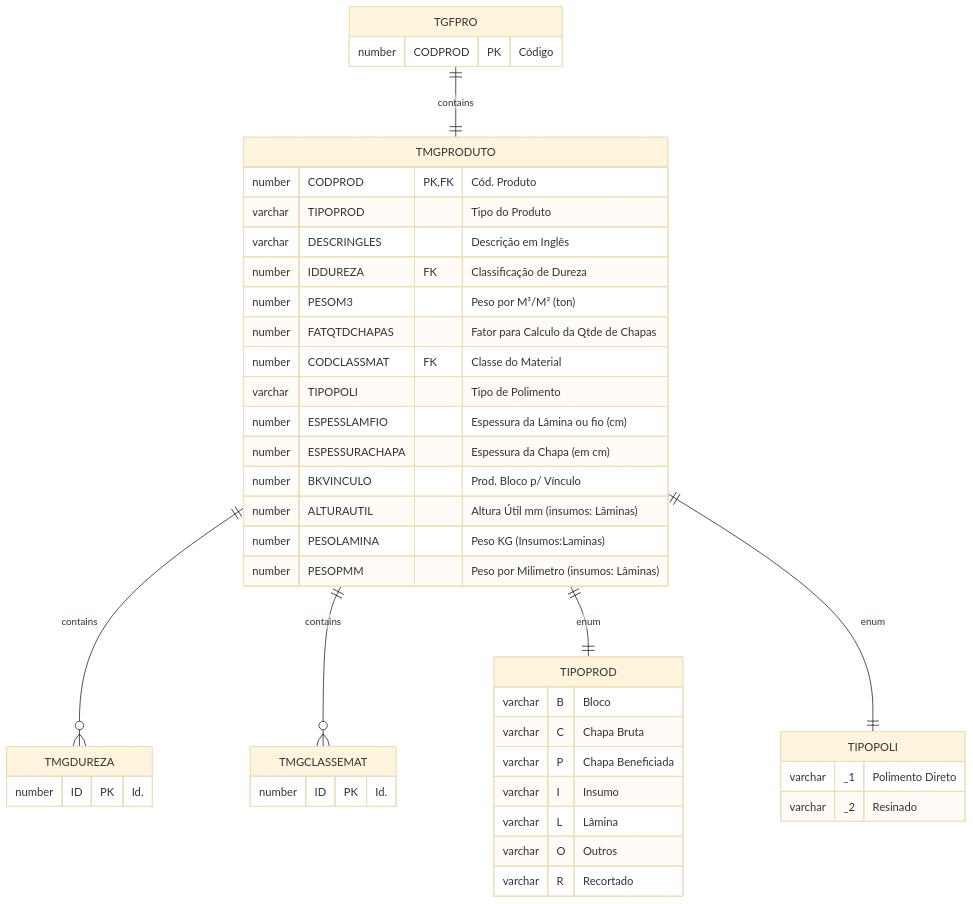
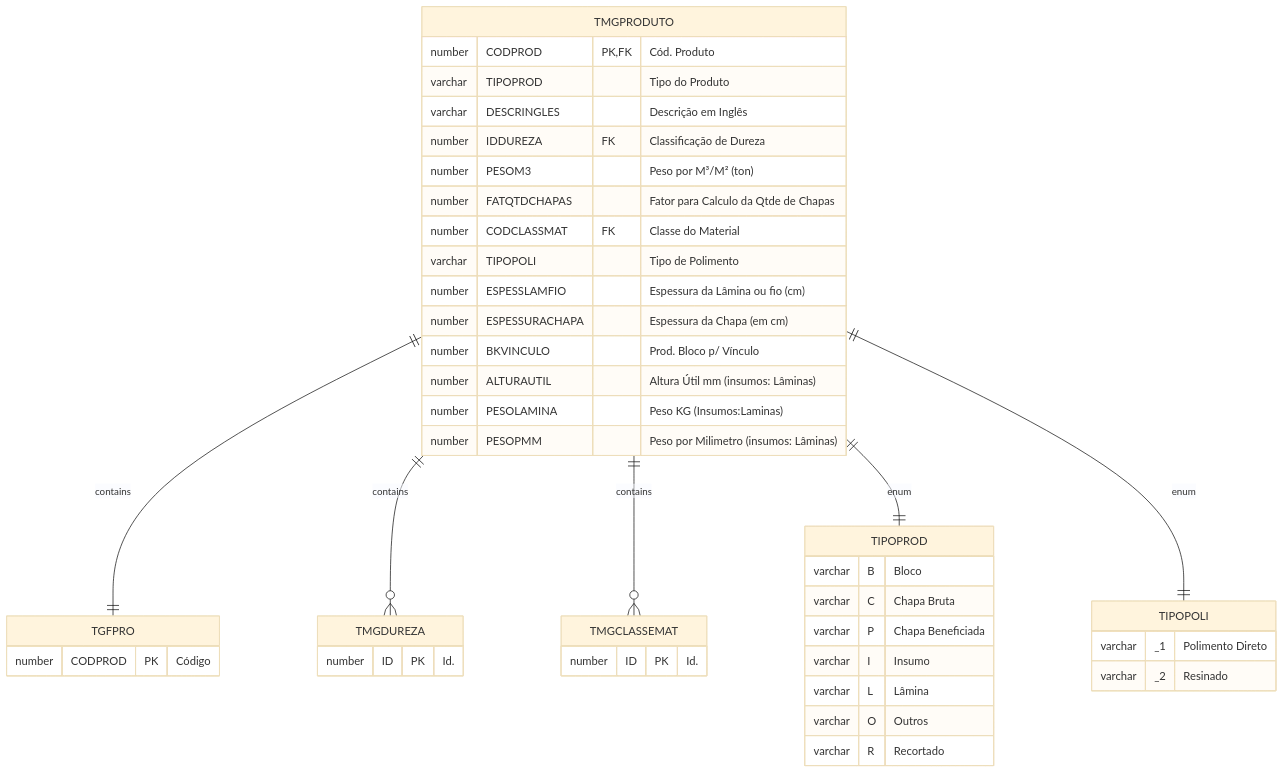
The diagram in docs/_database/TMGPRODUTO.md (cbmsoft/margrandocs), drawn with Mermaid (base theme) before and after one commit. The commit also changed other lines of this file and 11 other files, not shown here.

````diff
--- a/docs/_database/TMGPRODUTO.md
+++ b/docs/_database/TMGPRODUTO.md
@@ -27,47 +40,47 @@
 ```mermaid
 erDiagram
-    TGFPRO ||--|| TMGPRODUTO : contains
+    TMGPRODUTO ||--|| TGFPRO : contains
     TMGPRODUTO ||--o{ TMGDUREZA : contains
     TMGPRODUTO ||--o{ TMGCLASSEMAT : contains
     TMGPRODUTO ||--|| TIPOPROD : enum
     TMGPRODUTO ||--|| TIPOPOLI : enum
 
     TMGPRODUTO {
         number CODPROD PK,FK "Cód. Produto"
         varchar TIPOPROD "Tipo do Produto"
         varchar DESCRINGLES "Descrição em Inglês"
         number IDDUREZA FK "Classificação de Dureza"
         number PESOM3 "Peso por M³/M² (ton)"
         number FATQTDCHAPAS "Fator para Calculo da Qtde de Chapas"
         number CODCLASSMAT FK "Classe do Material"
         varchar TIPOPOLI "Tipo de Polimento"
         number ESPESSLAMFIO "Espessura da Lâmina ou fio (cm)"
         number ESPESSURACHAPA "Espessura da Chapa (em cm)"
         number BKVINCULO "Prod. Bloco p/ Vínculo"
         number ALTURAUTIL "Altura Útil mm (insumos: Lâminas)"
         number PESOLAMINA "Peso KG (Insumos:Laminas)"
         number PESOPMM "Peso por Milimetro (insumos: Lâminas)"
     }
     TGFPRO {
         number CODPROD PK "Código"
     }
     TMGDUREZA {
         number ID PK "Id."
     }
     TMGCLASSEMAT {
         number ID PK "Id."
     }
     TIPOPROD {
         varchar B "Bloco"
         varchar C "Chapa Bruta"
         varchar P "Chapa Beneficiada"
         varchar I "Insumo"
         varchar L "Lâmina"
         varchar O "Outros"
         varchar R "Recortado"
     }
     TIPOPOLI {
         varchar _1 "Polimento Direto"
         varchar _2 "Resinado"
     }
 ```
````
